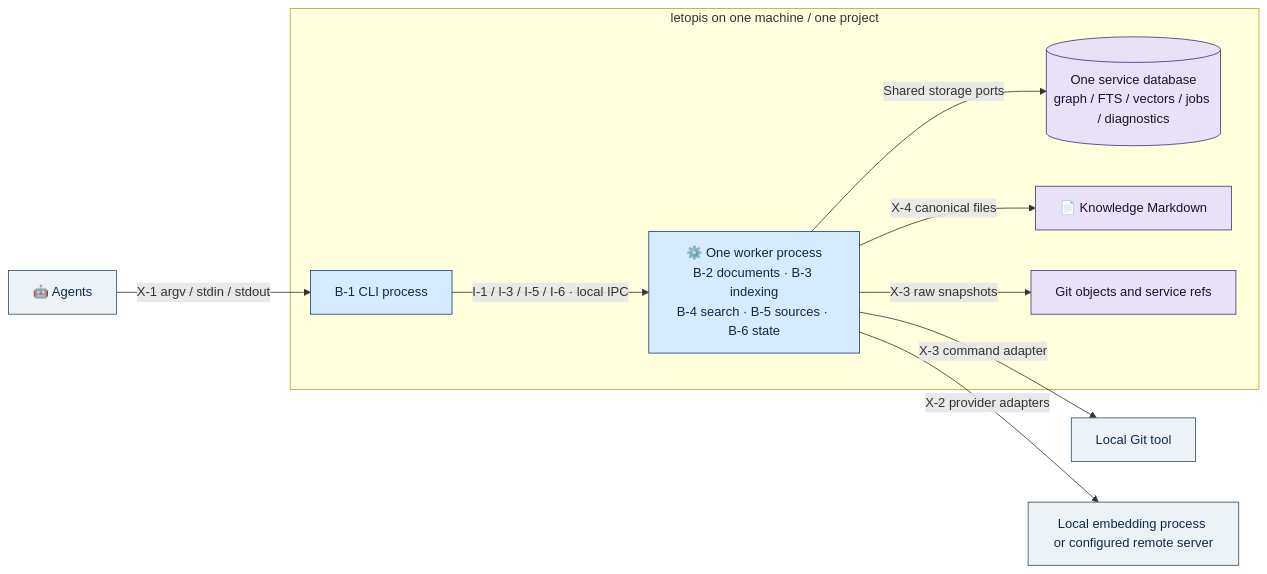
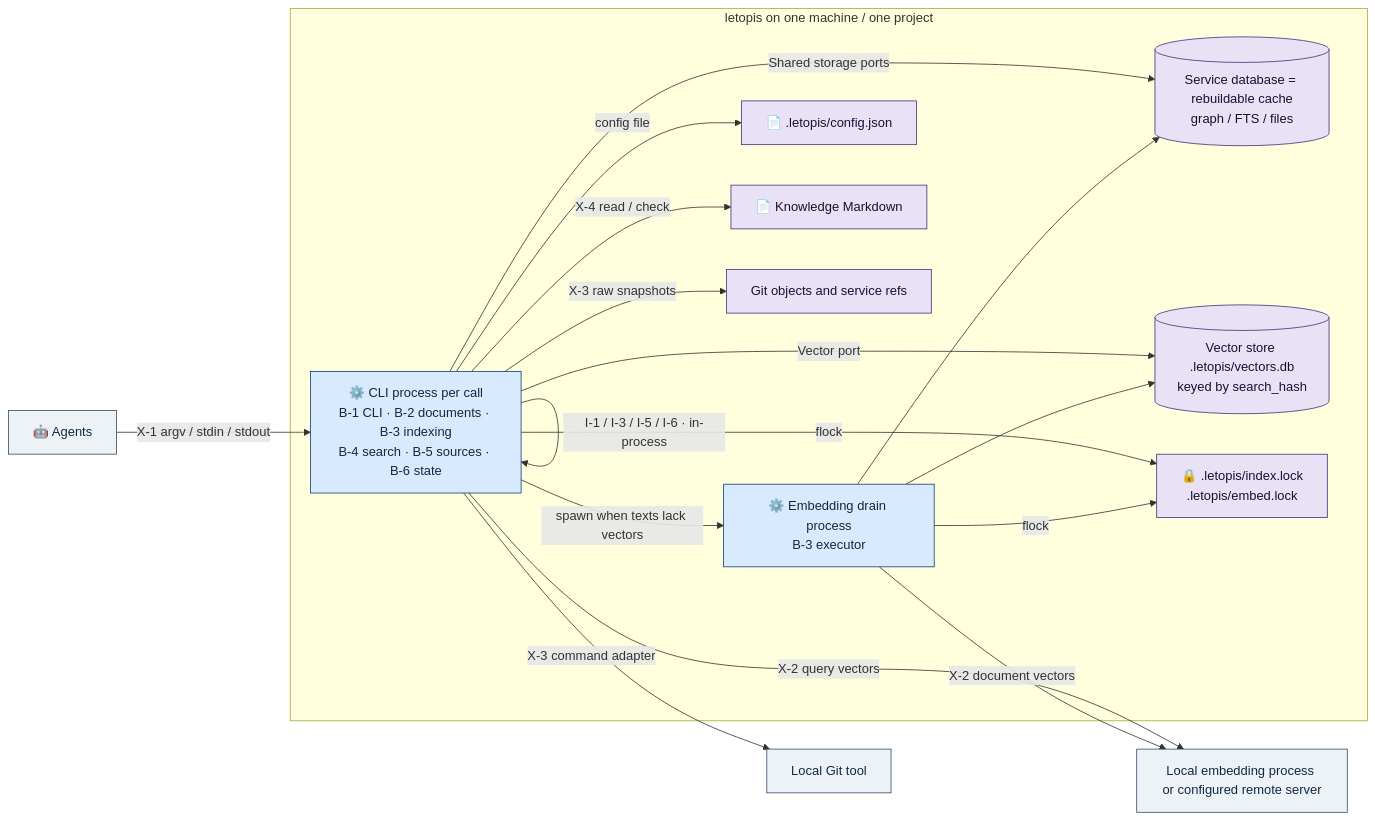
The diagram in docs/zkit/letopis/diagrams/architecture-containers.mmd (zdkadiev/letopis), drawn with Mermaid before and after one commit. The commit also changed 94 other files, not shown here.

Commit message:
docs: align Letopis design and roadmap with D-91 through D-95

```diff
--- a/docs/zkit/letopis/diagrams/architecture-containers.mmd
+++ b/docs/zkit/letopis/diagrams/architecture-containers.mmd
@@ -1,18 +1,27 @@
 flowchart LR
-    Agent["🤖 Agents"] -->|"X-1 argv / stdin / stdout"| B1["B-1 CLI process"]
+    Agent["🤖 Agents"] -->|"X-1 argv / stdin / stdout"| CLI
     subgraph Letopis["letopis on one machine / one project"]
-        B1 -->|"I-1 / I-3 / I-5 / I-6 · local IPC"| Worker["⚙️ One worker process<br/>B-2 documents · B-3 indexing<br/>B-4 search · B-5 sources · B-6 state"]
-        Worker -->|"Shared storage ports"| DB[("One service database<br/>graph / FTS / vectors / jobs / diagnostics")]
-        Worker -->|"X-4 canonical files"| Markdown["📄 Knowledge Markdown"]
-        Worker -->|"X-3 raw snapshots"| Objects["Git objects and service refs"]
+        CLI["⚙️ CLI process per call<br/>B-1 CLI · B-2 documents · B-3 indexing<br/>B-4 search · B-5 sources · B-6 state"]
+        Drain["⚙️ Embedding drain process<br/>B-3 executor"]
+        CLI -->|"I-1 / I-3 / I-5 / I-6 · in-process"| CLI
+        CLI -->|"spawn when texts lack vectors"| Drain
+        %% Internal I-2, I-4, I-7, I-8, I-9, I-10, I-11 and I-12 are in-process calls; see Level 3.
+        CLI -->|"Shared storage ports"| DB[("Service database = rebuildable cache<br/>graph / FTS / files")]
+        CLI -->|"Vector port"| Vectors[("Vector store .letopis/vectors.db<br/>keyed by search_hash")]
+        Drain --> DB
+        Drain --> Vectors
+        CLI -->|"flock"| Locks["🔒 .letopis/index.lock<br/>.letopis/embed.lock"]
+        Drain -->|"flock"| Locks
+        CLI -->|"config file"| Files["📄 .letopis/config.json"]
+        CLI -->|"X-4 read / check"| Markdown["📄 Knowledge Markdown"]
+        CLI -->|"X-3 raw snapshots"| Objects["Git objects and service refs"]
     end
-    Worker -->|"X-3 command adapter"| Git["Local Git tool"]
-    Worker -->|"X-2 provider adapters"| Provider["Local embedding process or configured remote server"]
-    %% Internal I-2, I-4, I-7, I-8, I-9, I-10, I-11 and I-12 remain inside Worker; see Level 3.
-    %% B-2 through B-6 are module mappings in one process, not separate C4 containers.
+    CLI -->|"X-3 command adapter"| Git["Local Git tool"]
+    CLI -->|"X-2 query vectors"| Provider["Local embedding process or configured remote server"]
+    Drain -->|"X-2 document vectors"| Provider
     classDef primary fill:#d8eafe,stroke:#153e75,color:#102a43
     classDef storage fill:#e9e1f5,stroke:#44337a,color:#1a1033
     classDef external fill:#edf2f7,stroke:#334e68,color:#102a43
-    class B1,Worker primary
-    class DB,Markdown,Objects storage
+    class CLI,Drain primary
+    class DB,Vectors,Locks,Files,Markdown,Objects storage
     class Agent,Git,Provider external
```
